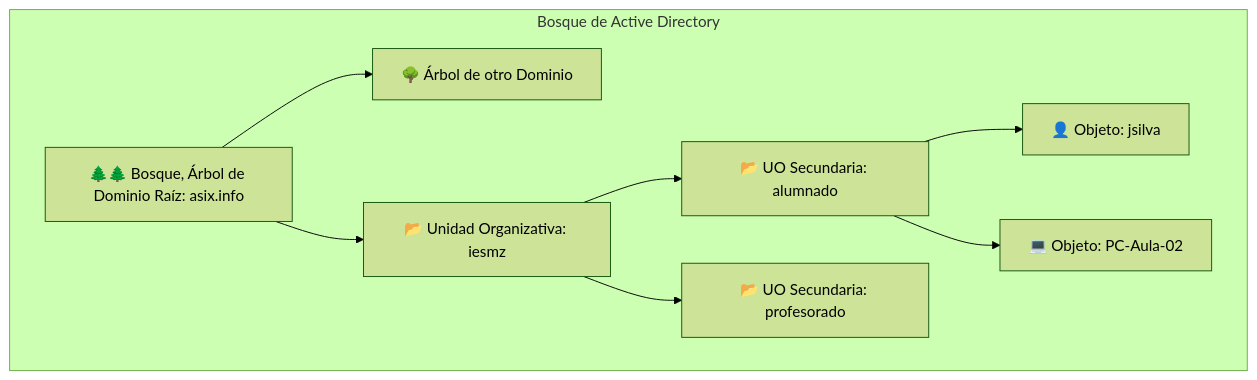
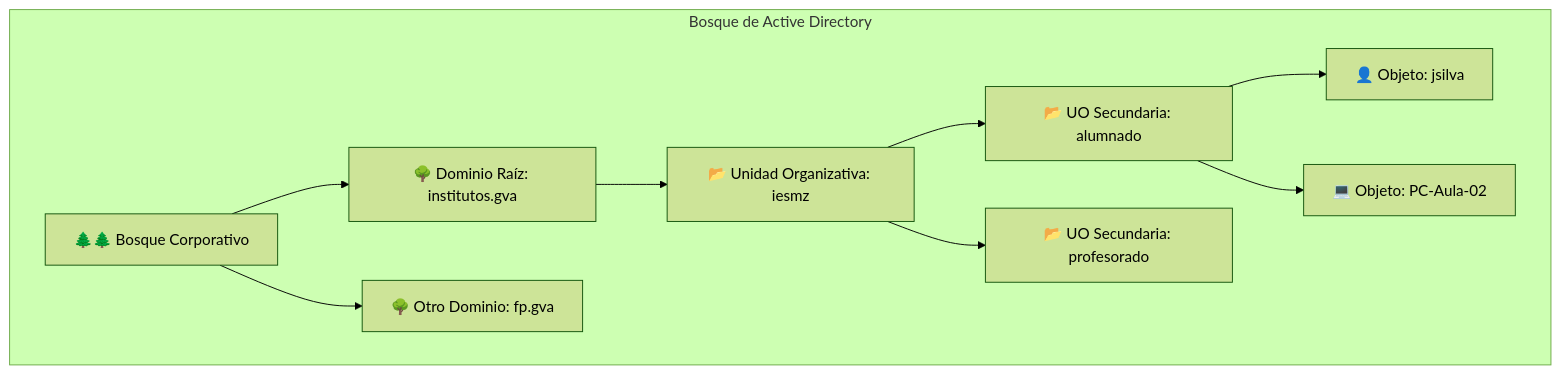
One commit to joseramonIESMZ/ASO changed the first of 3 diagrams in docs/apuntes/active-directory/fundamentos-ad-core.md. Above: the diagram before and after it, drawn with Mermaid (forest theme). The commit also changed other lines of this file and 4 other files, not shown here.

````diff
--- a/docs/apuntes/active-directory/fundamentos-ad-core.md
+++ b/docs/apuntes/active-directory/fundamentos-ad-core.md
@@ -31,13 +125,17 @@
 ```mermaid
 graph TD
     subgraph Frontera_Bosque [Bosque de Active Directory]
-        Raiz[🌲🌲 Bosque, Árbol de Dominio Raíz: asix.info] --> Tree1[🌳 Árbol de otro Dominio]
-        Raiz --> UO_Principal[📂 Unidad Organizativa: iesmz]
+        Bosque[🌲🌲 Bosque Corporativo]
+        
+        Bosque --> DomRaiz[🌳 Dominio Raíz: institutos.gva]
+        Bosque --> OtroDom[🌳 Otro Dominio: fp.gva]
+        
+        DomRaiz --> UO_Principal[📂 Unidad Organizativa: iesmz]
         
         UO_Principal --> UO_Alumnado[📂 UO Secundaria: alumnado]
         UO_Principal --> UO_Profesorado[📂 UO Secundaria: profesorado]
         
         UO_Alumnado --> Objeto1[👤 Objeto: jsilva]
         UO_Alumnado --> Objeto2[💻 Objeto: PC-Aula-02]
     end
 ```
````
